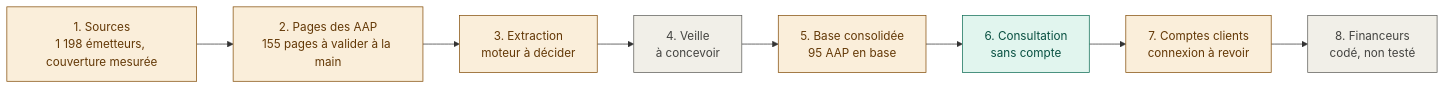
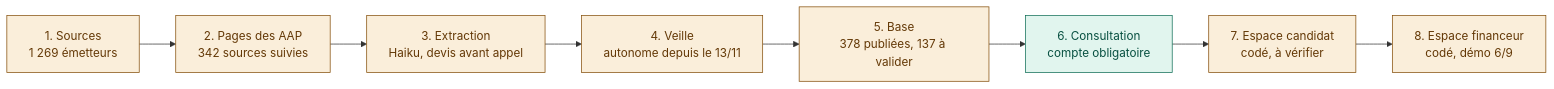
Before and after one commit to ducoutpy-lgtm/AAP: the diagram in docs/FEUILLE_DE_ROUTE.md, drawn with Mermaid. The commit also changed other lines of this file, not shown here.

````diff
--- a/docs/FEUILLE_DE_ROUTE.md
+++ b/docs/FEUILLE_DE_ROUTE.md
@@ -10,18 +8,18 @@
 ```mermaid
 flowchart LR
     classDef fait fill:#E1F5EE,stroke:#0F6E56,color:#085041
     classDef encours fill:#FAEEDA,stroke:#854F0B,color:#633806
     classDef afaire fill:#F1EFE8,stroke:#5F5E5A,color:#444441
 
-    S1["1. Sources<br/>1 198 émetteurs, couverture mesurée"]:::encours
-    S2["2. Pages des AAP<br/>155 pages à valider à la main"]:::encours
-    S3["3. Extraction<br/>moteur à décider"]:::encours
-    S4["4. Veille<br/>à concevoir"]:::afaire
-    S5["5. Base consolidée<br/>95 AAP en base"]:::encours
-    S6["6. Consultation<br/>sans compte"]:::fait
-    S7["7. Comptes clients<br/>connexion à revoir"]:::encours
-    S8["8. Financeurs<br/>codé, non testé"]:::afaire
+    S1["1. Sources<br/>1 269 émetteurs"]:::encours
+    S2["2. Pages des AAP<br/>342 sources suivies"]:::encours
+    S3["3. Extraction<br/>Haiku, devis avant appel"]:::encours
+    S4["4. Veille<br/>autonome depuis le 13/11"]:::encours
+    S5["5. Base<br/>378 publiées, 137 à valider"]:::encours
+    S6["6. Consultation<br/>compte obligatoire"]:::fait
+    S7["7. Espace candidat<br/>codé, à vérifier"]:::encours
+    S8["8. Espace financeur<br/>codé, démo 6/9"]:::encours
 
     S1 --> S2 --> S3 --> S4
     S4 --> S5 --> S6 --> S7 --> S8
 ```
````
